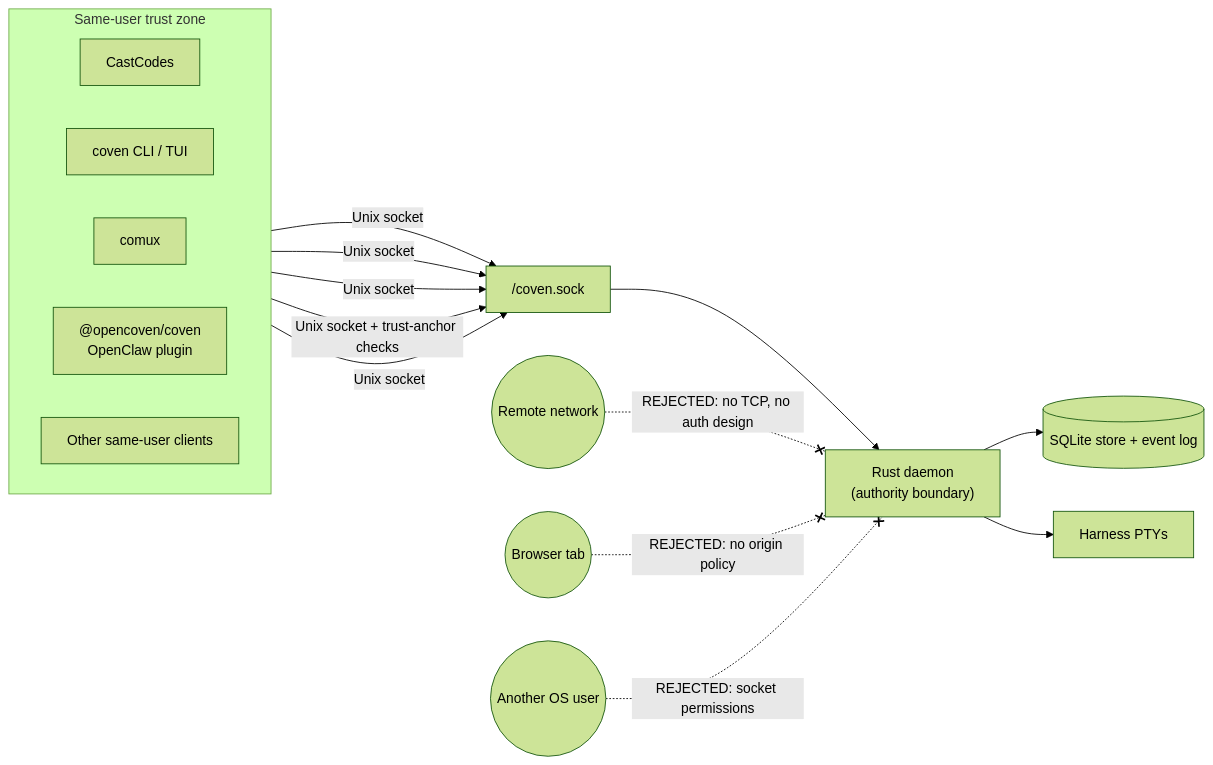
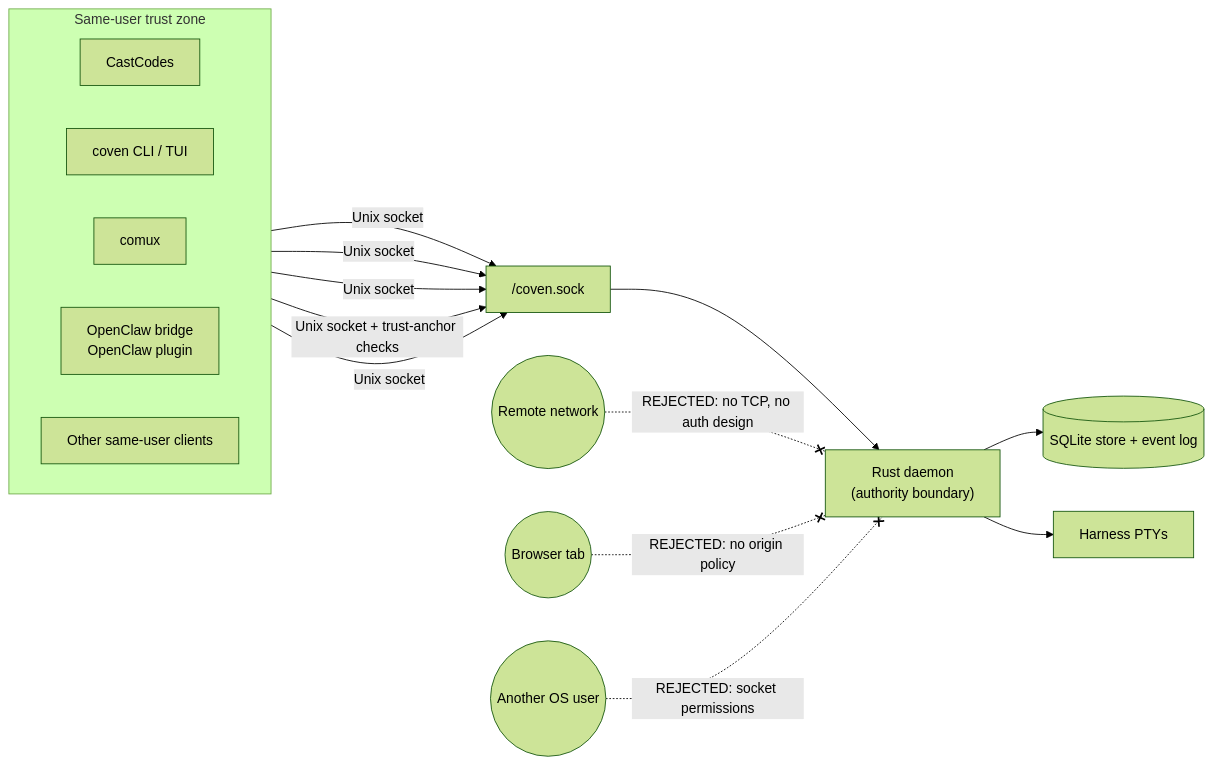
Before and after one commit to OpenCoven/coven: the diagram in docs/AUTH.md, drawn with Mermaid (forest theme). The commit also changed other lines of this file and 48 other files, not shown here.

````diff
--- a/docs/AUTH.md
+++ b/docs/AUTH.md
@@ -26,25 +26,25 @@
 ```mermaid
 flowchart LR
   subgraph User["Same-user trust zone"]
     direction LR
     CastCodes[CastCodes]
     CLI[coven CLI / TUI]
     Comux[comux]
-    Plugin["@opencoven/coven\nOpenClaw plugin"]
+    Plugin["OpenClaw bridge\nOpenClaw plugin"]
     Other[Other same-user clients]
   end
 
   CastCodes -->|Unix socket| Socket
   CLI -->|Unix socket| Socket["<covenHome>/coven.sock"]
   Comux -->|Unix socket| Socket
   Plugin -->|Unix socket + trust-anchor checks| Socket
   Other -->|Unix socket| Socket
 
   Socket --> Daemon["Rust daemon\n(authority boundary)"]
   Daemon --> Store[("SQLite store + event log")]
   Daemon --> PTY[Harness PTYs]
 
   Remote((Remote network)) -.-x|"REJECTED: no TCP, no auth design"| Daemon
   Browser((Browser tab)) -.-x|"REJECTED: no origin policy"| Daemon
   OtherUser((Another OS user)) -.-x|"REJECTED: socket permissions"| Daemon
 ```
````
